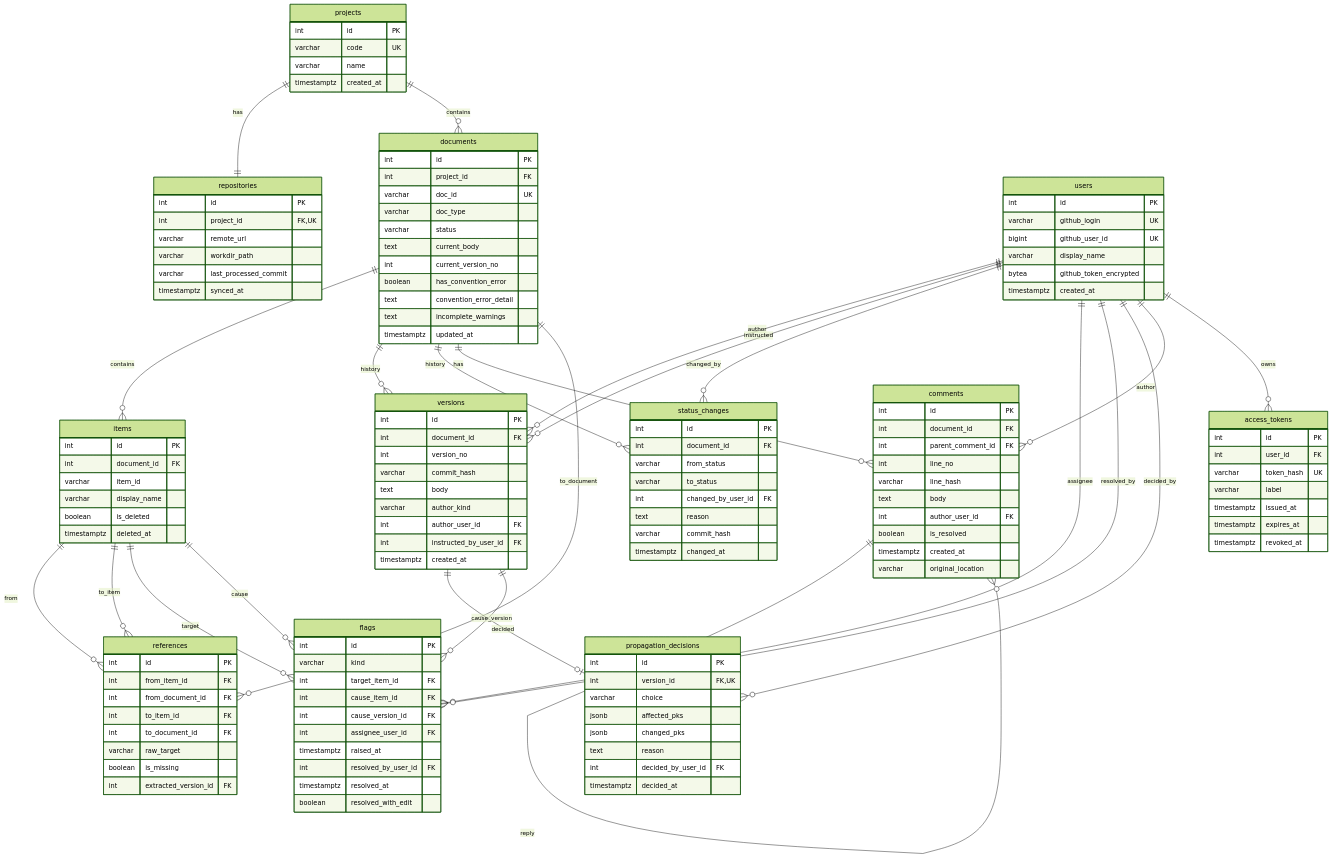
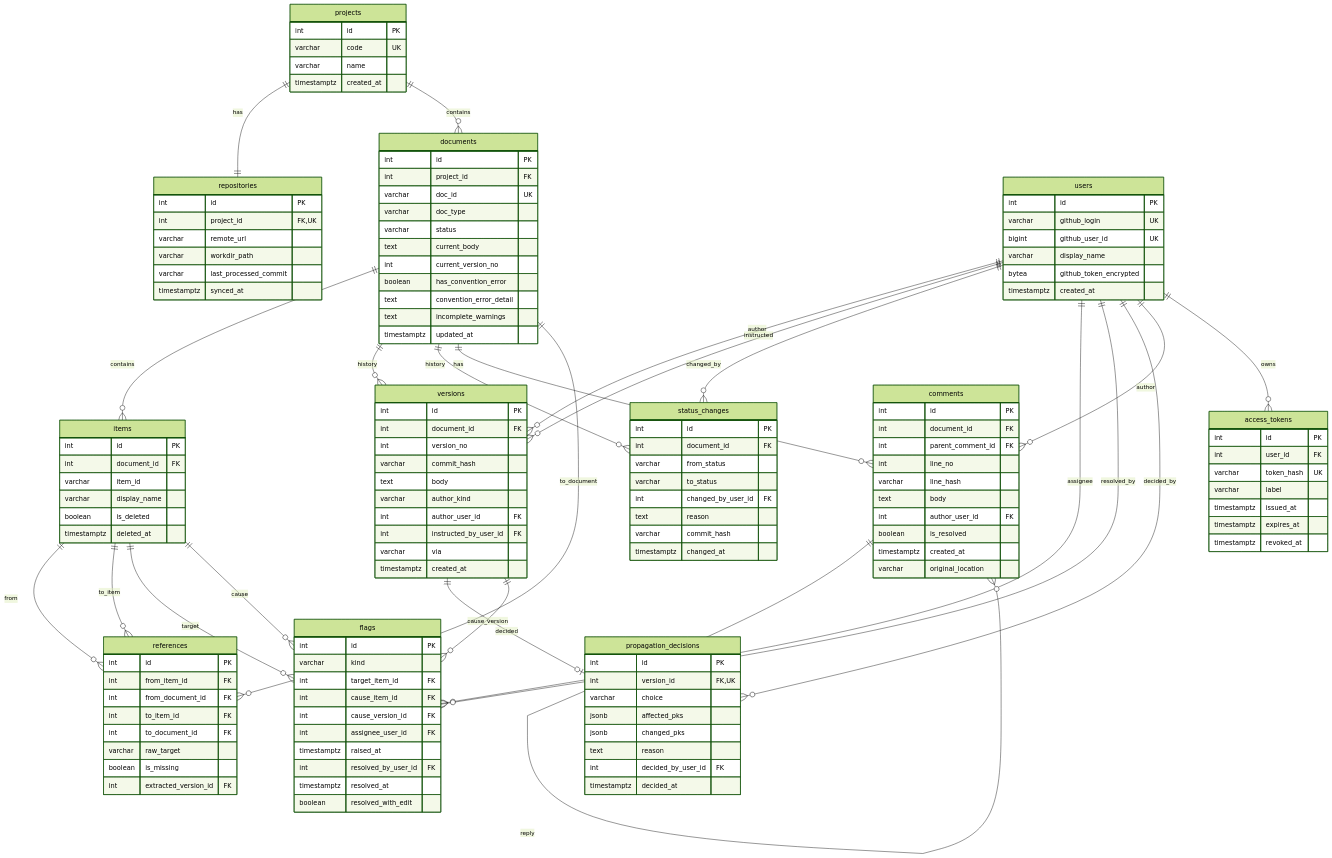
One commit to HoyoungParkme/syncdoc changed the diagram in docs/specs/DOM/SYNC-DOM-003.md. Above: the diagram before and after it, drawn with Mermaid (forest theme). The commit also changed other lines of this file, not shown here.

Commit message:
spec(SYNC-DOM-003): versions.via varchar(8) not null — mcp/web/github
카드 B1 되먹임 — 임의 결정 8건과 카드 닫힘 문제를 명세에 올린 것(사용자 갱신, files.zip).
Claude-Session: https://claude.ai/code/session_01AR5eGoykfXfjLvCx8E5w11

```diff
--- a/docs/specs/DOM/SYNC-DOM-003.md
+++ b/docs/specs/DOM/SYNC-DOM-003.md
@@ -95,6 +95,7 @@
         varchar author_kind
         int author_user_id FK
         int instructed_by_user_id FK
+        varchar via
         timestamptz created_at
     }
     status_changes {
```
